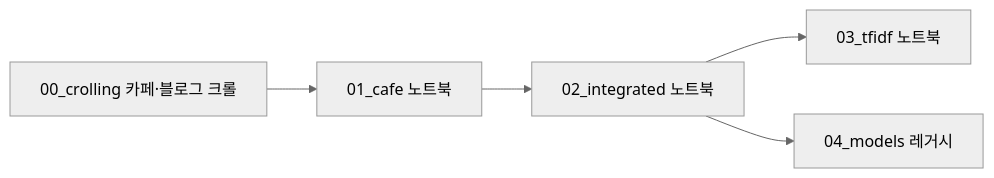
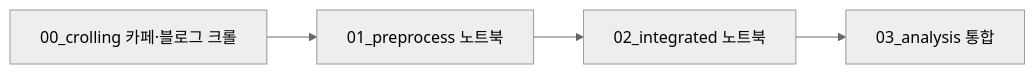
Before and after one commit to 01tjdus/Increase-in-medical-school-seats: the diagram in PROJECT_STRUCTURE.md, drawn with Mermaid (neutral theme). The commit also changed other lines of this file and 66 other files, not shown here.

````diff
--- a/PROJECT_STRUCTURE.md
+++ b/PROJECT_STRUCTURE.md
@@ -10,10 +10,8 @@
 ```mermaid
 flowchart LR
   crawl0[00_crolling 카페·블로그 크롤]
-  cafe_nb[01_cafe 노트북]
+  cafe_nb[01_preprocess 노트북]
   int_nb[02_integrated 노트북]
-  tfidf_nb[03_tfidf 노트북]
-  legacy[04_models 레거시]
+  tfidf_nb[03_analysis 통합]
   crawl0 --> cafe_nb --> int_nb --> tfidf_nb
-  int_nb --> legacy
 ```
````
